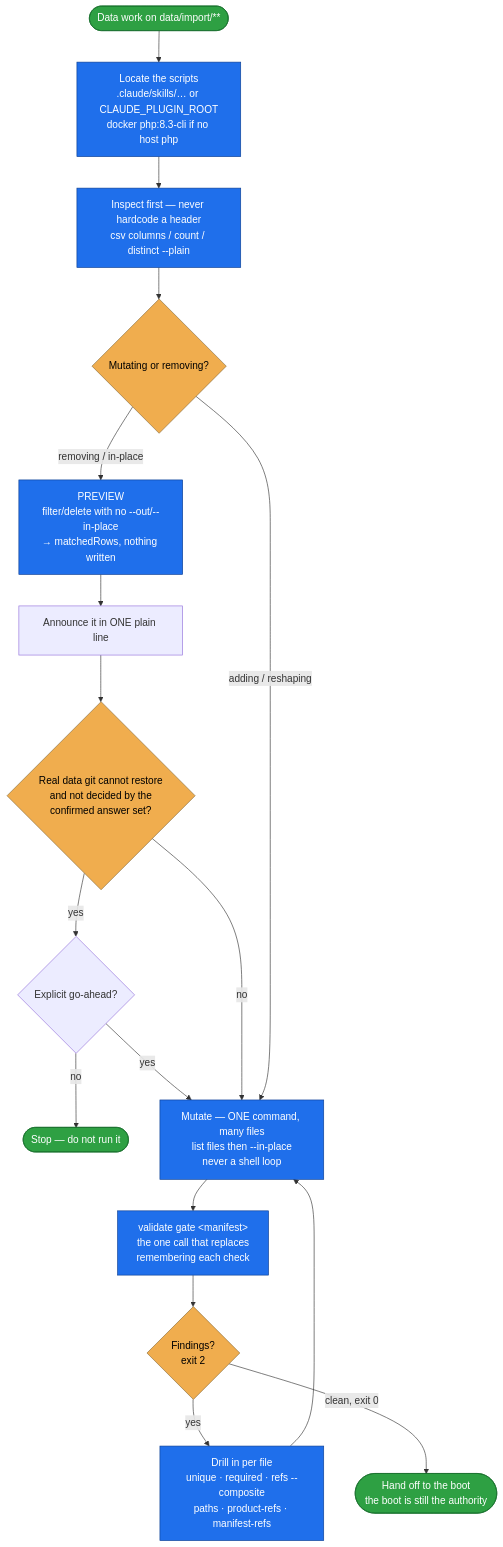
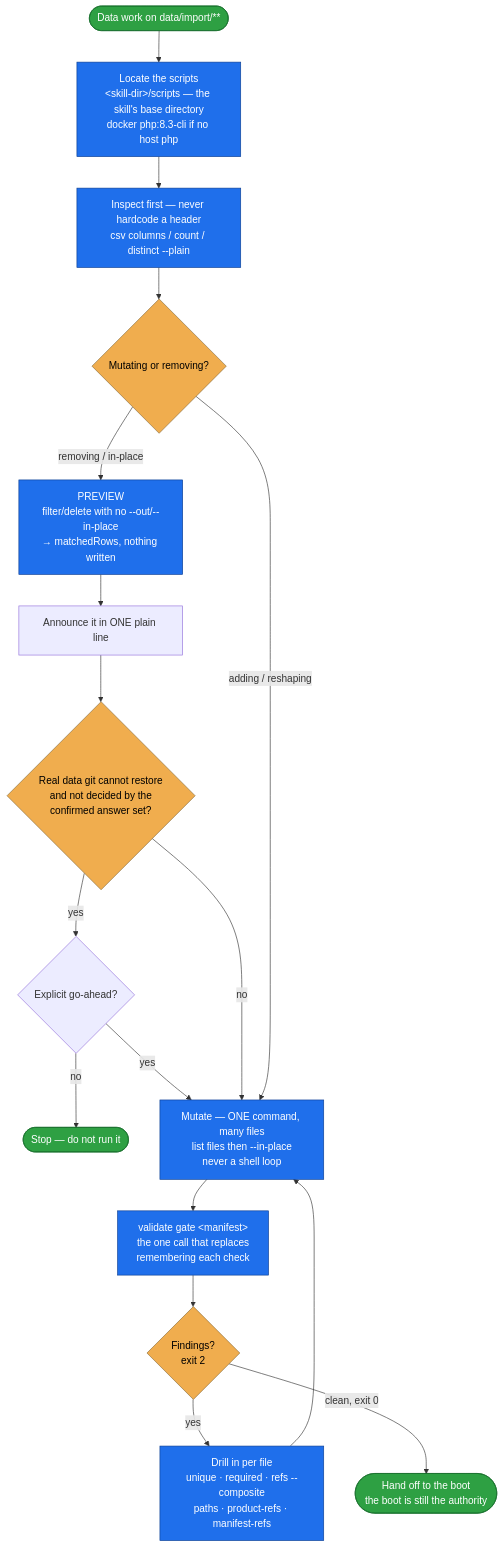
One commit to spryker-sdk/ai-dev changed the diagram in plugins/spryker-ai-dev-sdk/skills/spryker-import-tools/README.md. Above: the diagram before and after it, drawn with Mermaid. The commit also changed other lines of this file and 128 other files, not shown here.

````diff
--- a/plugins/spryker-ai-dev-sdk/skills/spryker-import-tools/README.md
+++ b/plugins/spryker-ai-dev-sdk/skills/spryker-import-tools/README.md
@@ -32,29 +32,29 @@
 ```mermaid
 flowchart TD
-    A([Data work on data/import/**]) --> L["Locate the scripts<br/>.claude/skills/… or CLAUDE_PLUGIN_ROOT<br/>docker php:8.3-cli if no host php"]
+    A([Data work on data/import/**]) --> L["Locate the scripts<br/>&lt;skill-dir&gt;/scripts — the skill's base directory<br/>docker php:8.3-cli if no host php"]
     L --> I["Inspect first — never hardcode a header<br/>csv columns / count / distinct --plain"]
     I --> M{Mutating or removing?}
 
     M -- "removing / in-place" --> P["PREVIEW<br/>filter/delete with no --out/--in-place<br/>→ matchedRows, nothing written"]
     P --> A1["Announce it in ONE plain line"]
     A1 --> G{"Real data git cannot restore<br/>and not decided by the<br/>confirmed answer set?"}
     G -- "yes" --> Q{"Explicit go-ahead?"}
     Q -- "no" --> STOP([Stop — do not run it])
     Q -- "yes" --> W
     G -- "no" --> W
 
     M -- "adding / reshaping" --> W["Mutate — ONE command, many files<br/>list files then --in-place<br/>never a shell loop"]
 
     W --> V["validate gate &lt;manifest&gt;<br/>the one call that replaces<br/>remembering each check"]
     V --> VD{"Findings?<br/>exit 2"}
     VD -- "yes" --> DRILL["Drill in per file<br/>unique · required · refs --composite<br/>paths · product-refs · manifest-refs"]
     DRILL --> W
     VD -- "clean, exit 0" --> DONE([Hand off to the boot<br/>the boot is still the authority])
 
     classDef step fill:#1f6feb,stroke:#0b3d91,color:#fff;
     classDef decision fill:#f0ad4e,stroke:#8a6d3b,color:#000;
     classDef terminal fill:#2ea043,stroke:#176f2c,color:#fff;
     class L,I,P,W,V,DRILL step;
     class M,G,VD decision;
     class A,DONE,STOP terminal;
 ```
````
